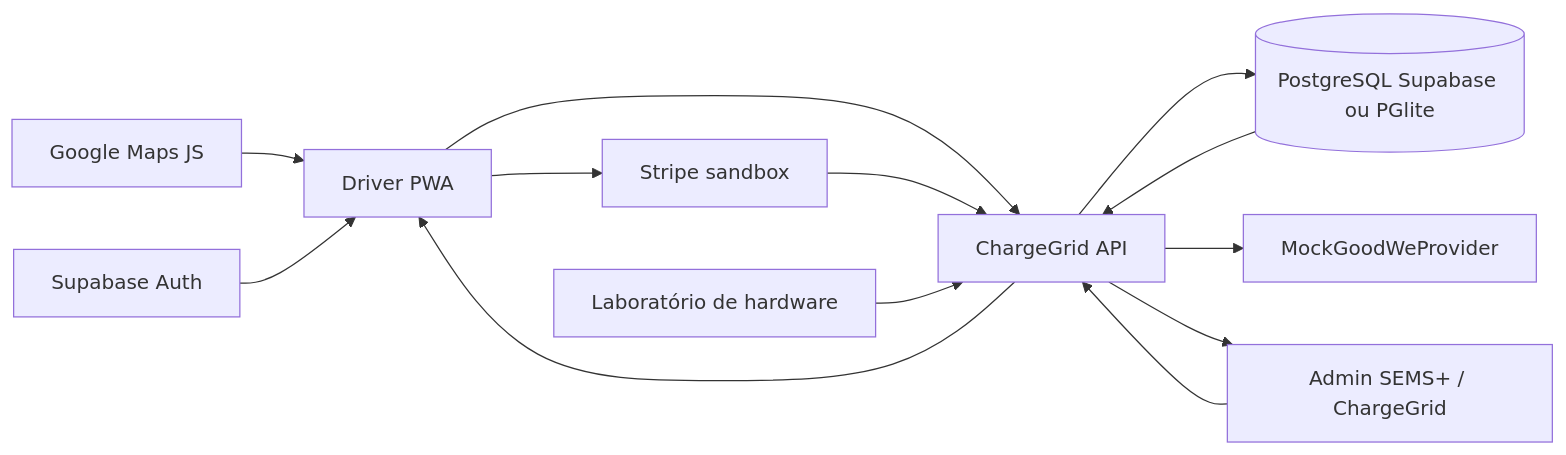
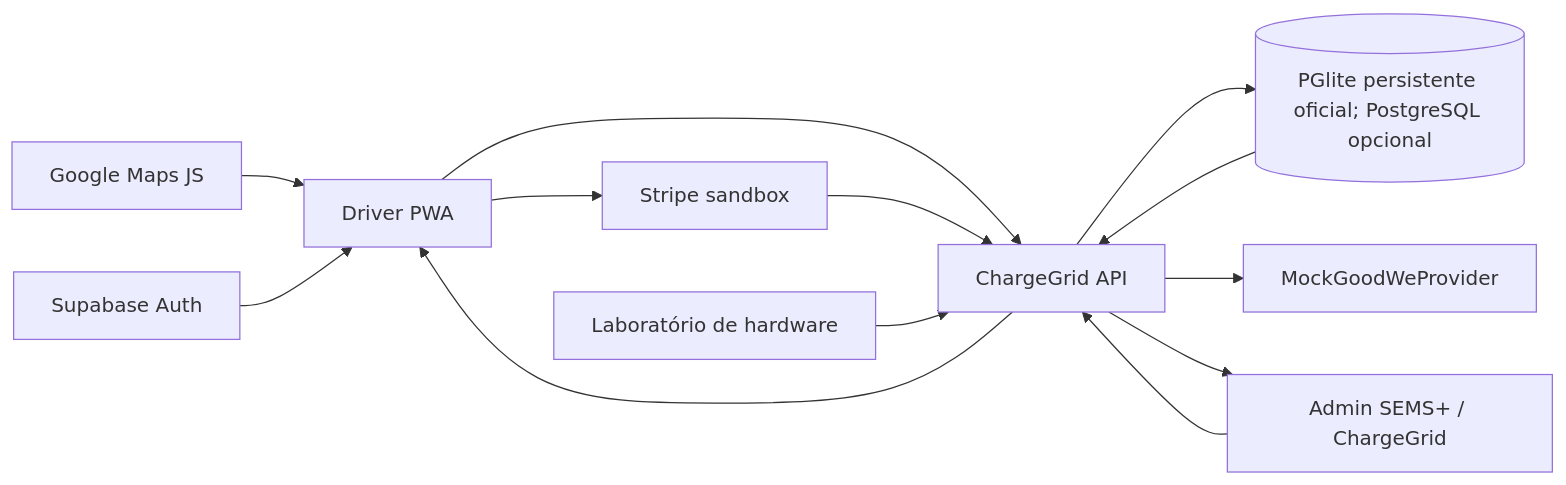
Before and after one commit to PtiagoM/Charge-Grid-Intelligence: the first of 2 diagrams in README.md, drawn with Mermaid. The commit also changed other lines of this file and 14 other files, not shown here.

````diff
--- a/README.md
+++ b/README.md
@@ -27,15 +27,15 @@
 ```mermaid
 flowchart LR
     Maps[Google Maps JS] --> PWA[Driver PWA]
     Auth[Supabase Auth] --> PWA
     PWA --> Stripe[Stripe sandbox]
     PWA --> API[ChargeGrid API]
     Stripe --> API
     Admin[Admin SEMS+ / ChargeGrid] --> API
     Lab[Laboratório de hardware] --> API
-    API --> DB[(PostgreSQL Supabase ou PGlite)]
+    API --> DB[(PGlite persistente oficial; PostgreSQL opcional)]
     API --> Provider[MockGoodWeProvider]
     DB --> API
     API --> PWA
     API --> Admin
 ```
````
